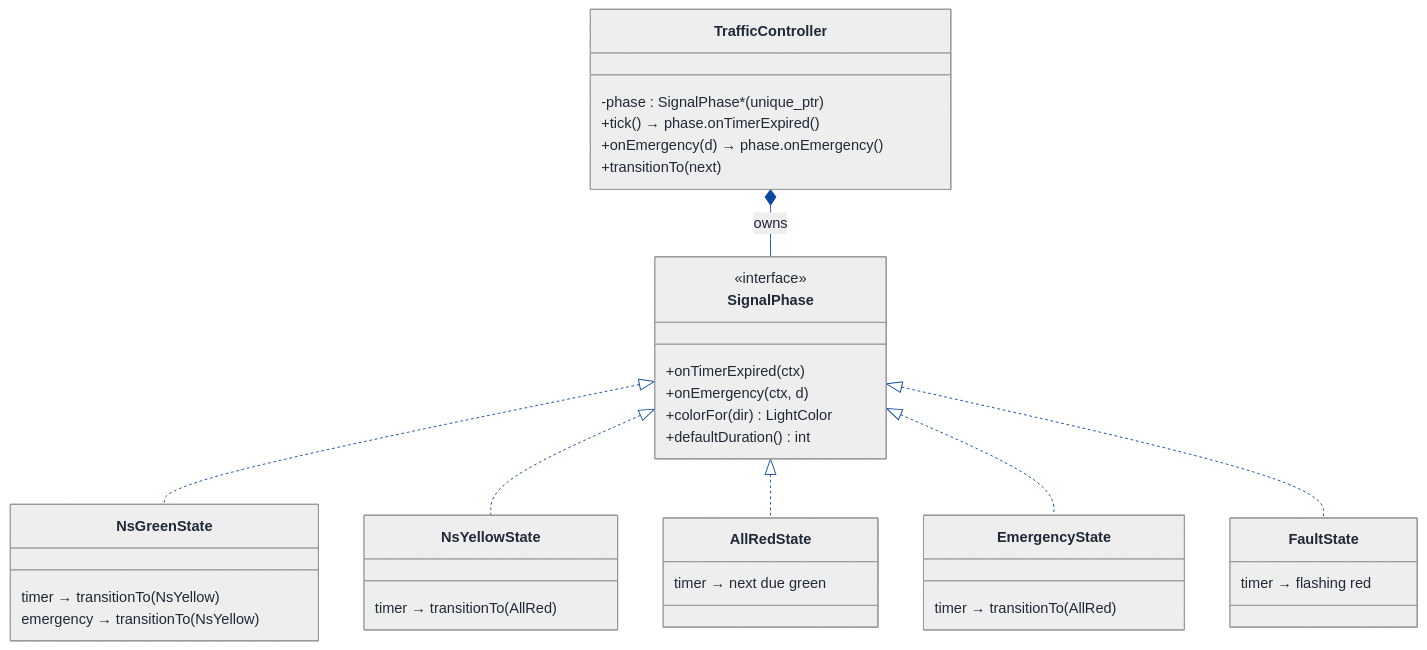
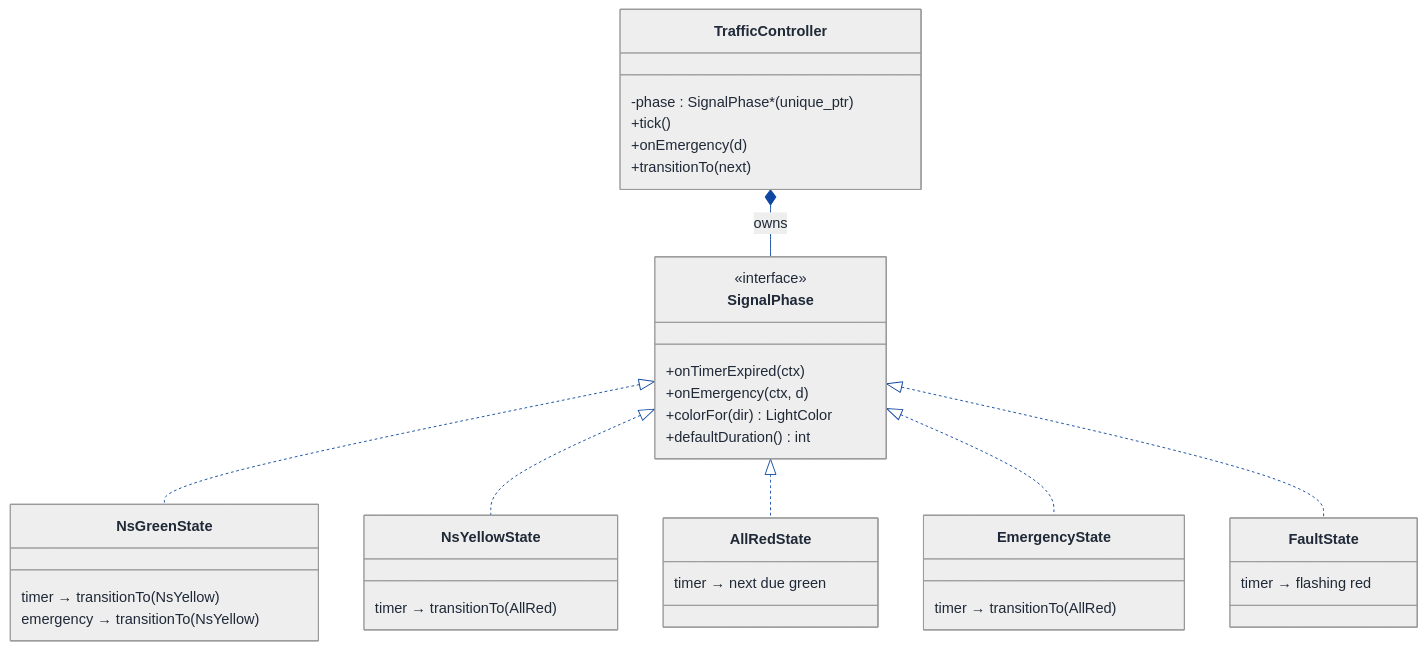
One commit to Prateek-5/question-bank changed the second of 8 diagrams in LLD/Topics/State_Pattern/Traffic_Signal_Control.md. Above: the diagram before and after it, drawn with Mermaid. The commit also changed other lines of this file and 61 other files, not shown here.

First line of the commit message:
Fix invalid mermaid classDiagram member syntax across LLD walkthroughs

````diff
--- a/LLD/Topics/State_Pattern/Traffic_Signal_Control.md
+++ b/LLD/Topics/State_Pattern/Traffic_Signal_Control.md
@@ -420,71 +420,71 @@
 ```mermaid
 ---
 config:
   theme: neutral
   themeVariables:
     background: '#ffffff'
     primaryColor: '#cfe2ff'
     primaryTextColor: '#1f2937'
     primaryBorderColor: '#084298'
     secondaryColor: '#fff3cd'
     secondaryTextColor: '#1f2937'
     secondaryBorderColor: '#664d03'
     tertiaryColor: '#d1e7dd'
     tertiaryTextColor: '#1f2937'
     tertiaryBorderColor: '#0a3622'
     lineColor: '#0d47a1'
     textColor: '#1f2937'
     noteBkgColor: '#fff3cd'
     noteTextColor: '#1f2937'
     noteBorderColor: '#997404'
     actorBkg: '#cfe2ff'
     actorBorder: '#084298'
     actorTextColor: '#1f2937'
     signalColor: '#0d47a1'
     signalTextColor: '#1f2937'
     labelBoxBkgColor: '#ffffff'
     labelBoxBorderColor: '#d3d3d3'
     labelTextColor: '#1f2937'
     edgeLabelBackground: '#ffffff'
     labelBackground: '#ffffff'
     classText: '#1f2937'
     fontFamily: 'system-ui, -apple-system, Segoe UI, Helvetica, Arial, sans-serif'
 ---
 classDiagram
   direction TB
   class TrafficController {
     -phase : SignalPhase* (unique_ptr)
-    +tick()   → phase.onTimerExpired()
-    +onEmergency(d) → phase.onEmergency()
+    +tick()
+    +onEmergency(d)
     +transitionTo(next)
   }
   class SignalPhase {
     <<interface>>
     +onTimerExpired(ctx)
     +onEmergency(ctx, d)
     +colorFor(dir) LightColor
     +defaultDuration() int
   }
   class NsGreenState {
     timer → transitionTo(NsYellow)
     emergency → transitionTo(NsYellow)
   }
   class NsYellowState {
     timer → transitionTo(AllRed)
   }
   class AllRedState {
     timer → next due green
   }
   class EmergencyState {
     timer → transitionTo(AllRed)
   }
   class FaultState {
     timer → flashing red
   }
   TrafficController *-- SignalPhase : owns
   SignalPhase <|.. NsGreenState
   SignalPhase <|.. NsYellowState
   SignalPhase <|.. AllRedState
   SignalPhase <|.. EmergencyState
   SignalPhase <|.. FaultState
 ```
````
